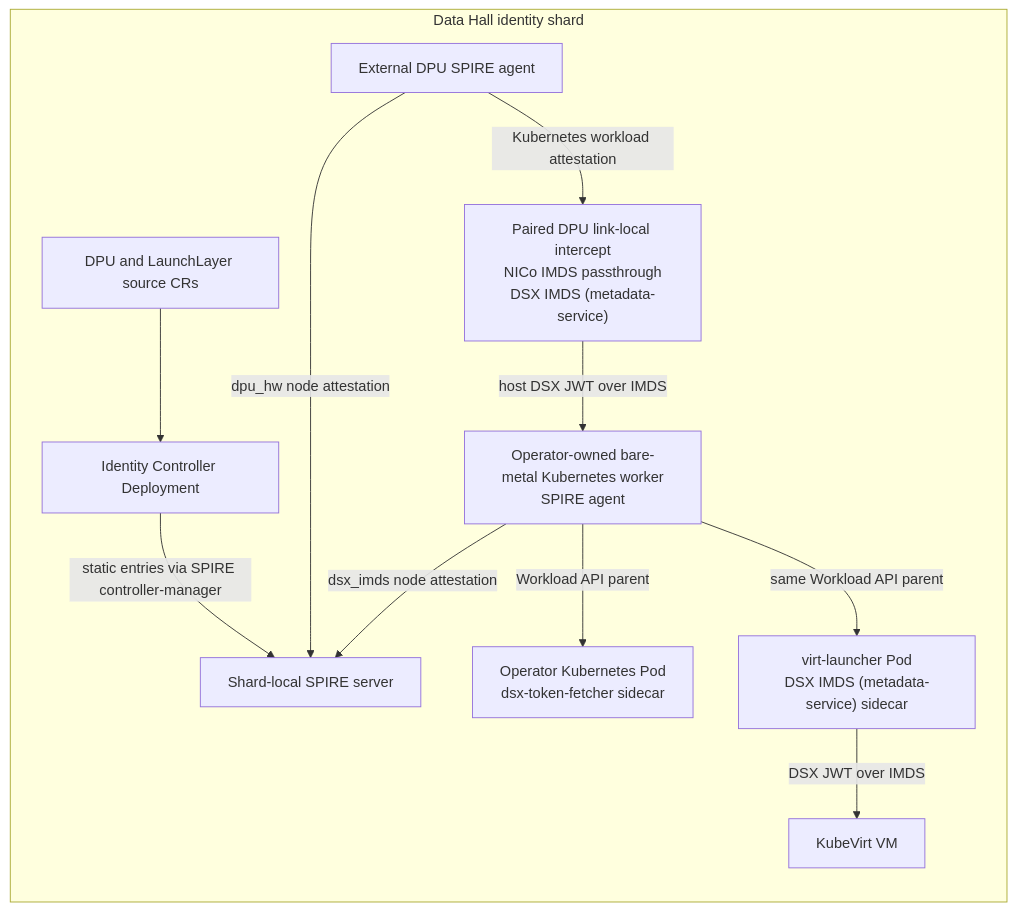
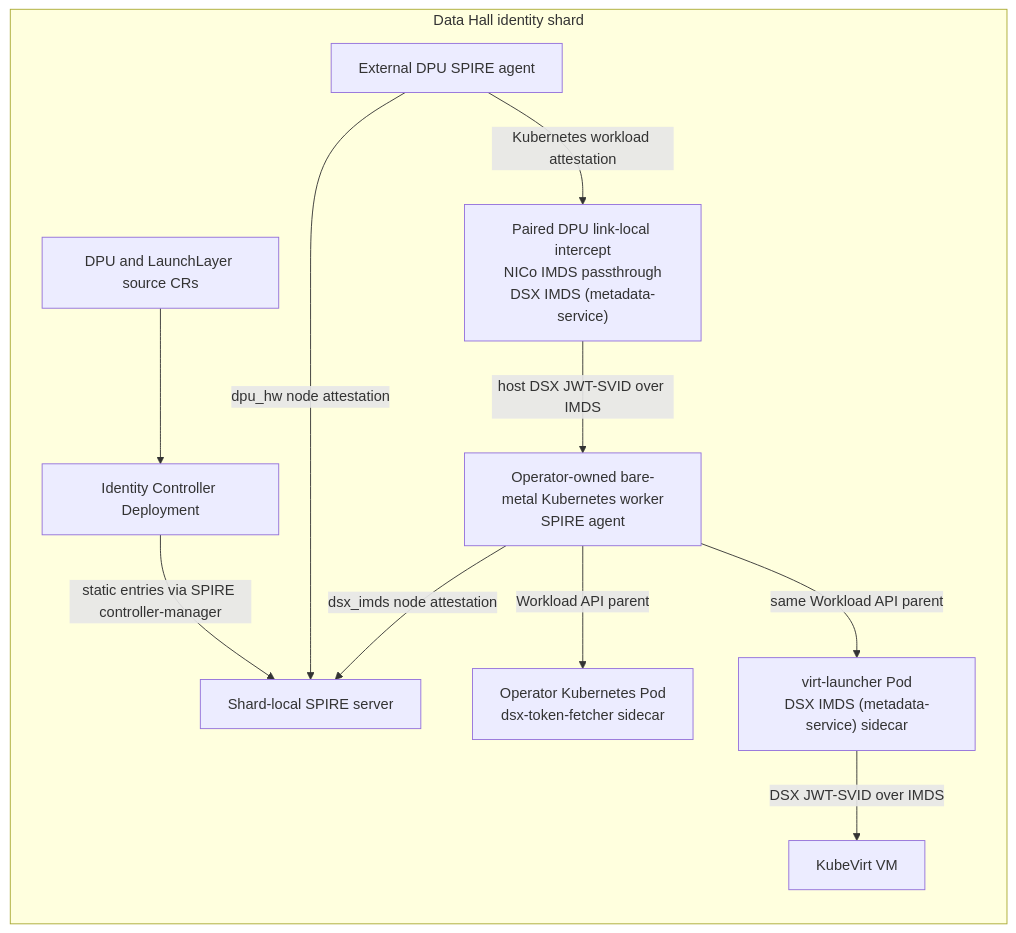
Before and after one commit to dsx-ai-factory/nvidia-workload-identity: the first of 4 diagrams in docs/architecture.md, drawn with Mermaid. The commit also changed other lines of this file and 21 other files, not shown here.

````diff
--- a/docs/architecture.md
+++ b/docs/architecture.md
@@ -8,25 +15,25 @@
 ```mermaid
 flowchart TB
   subgraph Shard["Data Hall identity shard"]
     direction TB
     Sources["DPU and LaunchLayer source CRs"]
     Controller["Identity Controller Deployment"]
     SPIRE["Shard-local SPIRE server"]
     DPU["External DPU SPIRE agent"]
     MDS["Paired DPU link-local intercept<br/>NICo IMDS passthrough<br/>DSX IMDS (metadata-service)"]
     Host["Operator-owned bare-metal Kubernetes worker<br/>SPIRE agent"]
     Pod["Operator Kubernetes Pod<br/>dsx-token-fetcher sidecar"]
     VMHost["virt-launcher Pod<br/>DSX IMDS (metadata-service) sidecar"]
     VM["KubeVirt VM"]
 
     Sources --> Controller
     Controller -->|"static entries via SPIRE controller-manager"| SPIRE
     DPU -->|"dpu_hw node attestation"| SPIRE
     DPU -->|"Kubernetes workload attestation"| MDS
-    MDS -->|"host DSX JWT over IMDS"| Host
+    MDS -->|"host DSX JWT-SVID over IMDS"| Host
     Host -->|"dsx_imds node attestation"| SPIRE
     Host -->|"Workload API parent"| Pod
     Host -->|"same Workload API parent"| VMHost
-    VMHost -->|"DSX JWT over IMDS"| VM
+    VMHost -->|"DSX JWT-SVID over IMDS"| VM
   end
 ```
````
